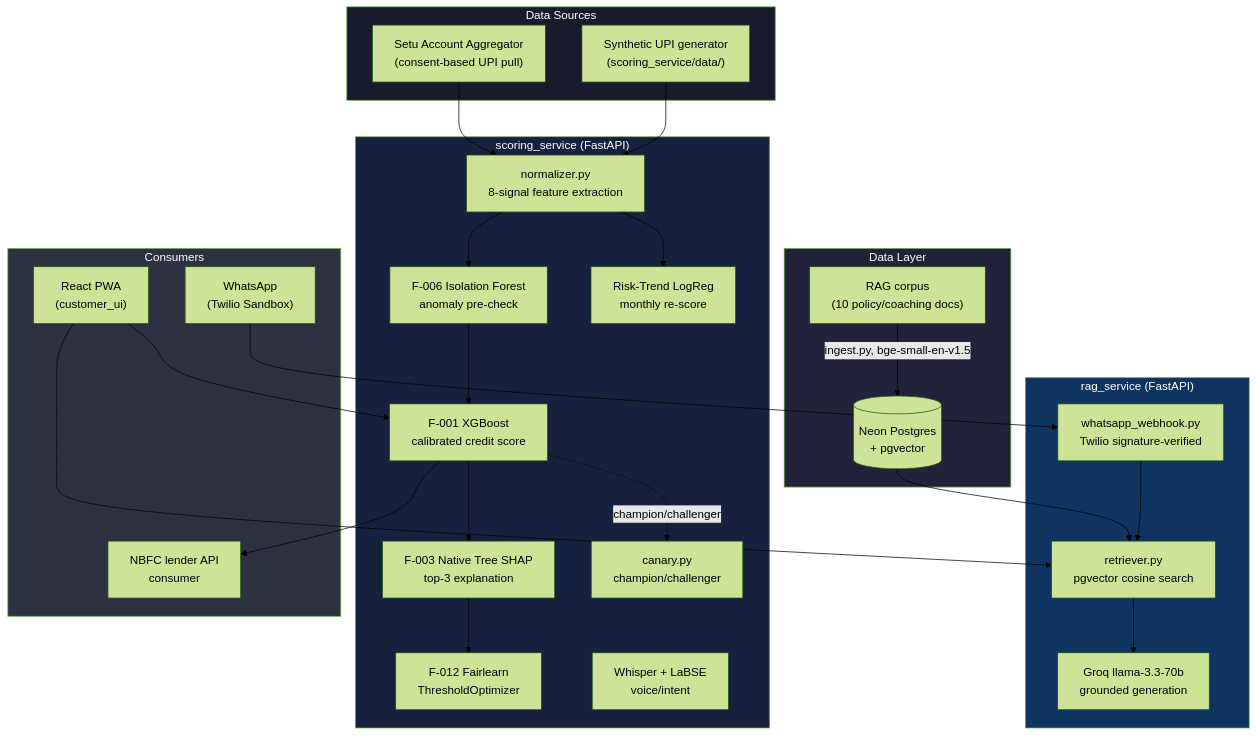
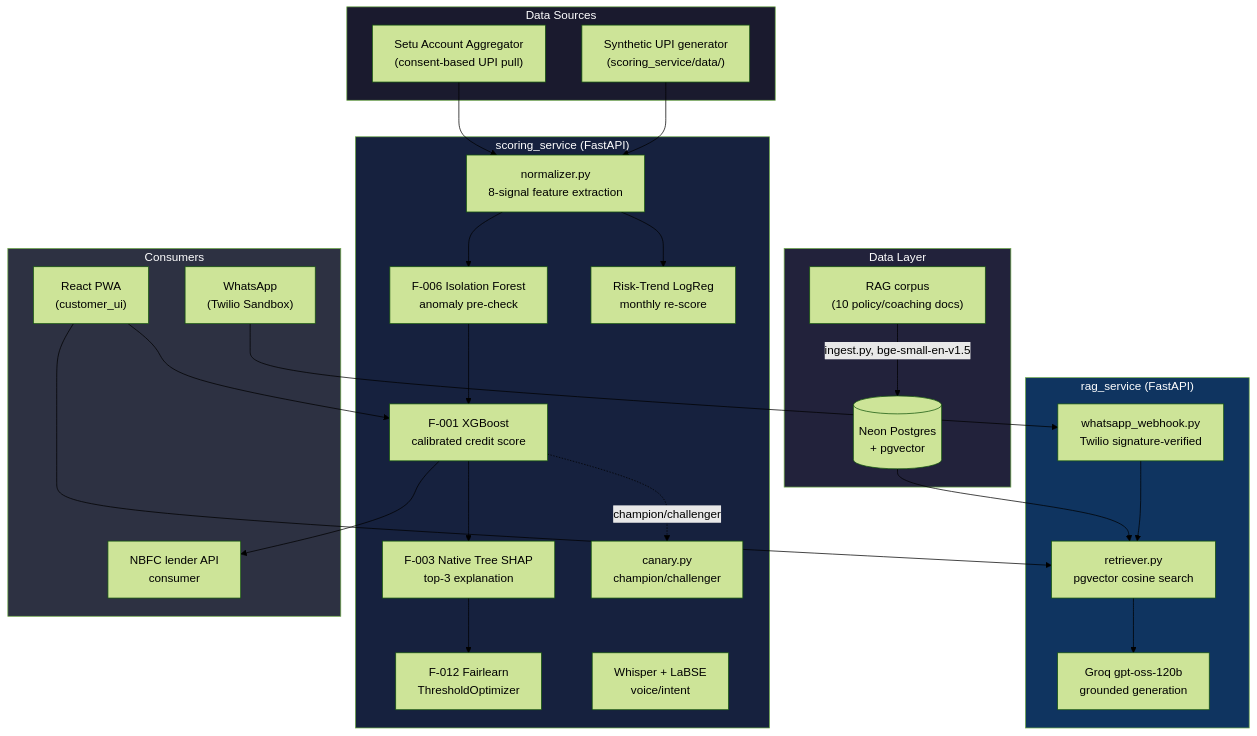
One commit to bhavyabhandary-star/finbuddy changed the first of 2 diagrams in docs/architecture.md. Above: the diagram before and after it, drawn with Mermaid (forest theme). The commit also changed other lines of this file and 2 other files, not shown here.

Commit message:
Swap the Groq model: llama-3.3-70b-versatile was shut down on 2026-08-16
CI's Gate B (real-Groq faithfulness tests) started failing with 404
model_not_found. Switch to openai/gpt-oss-120b, Groq's named replacement, and
make the model overridable through GROQ_MODEL. gpt-oss is a reasoning model, so
set low reasoning effort and raise max_tokens from 500 to 1200 so reasoning
tokens cannot starve the visible answer. Docs updated; the README latency
numbers were measured on the old model and are noted as not re-measured.

Not verified locally (no groq SDK or database here); CI Gate B is the check.

````diff
--- a/docs/architecture.md
+++ b/docs/architecture.md
@@ -12,55 +12,55 @@
 ```mermaid
 flowchart TB
     subgraph Sources["Data Sources"]
         SETU["Setu Account Aggregator\n(consent-based UPI pull)"]
         SYN["Synthetic UPI generator\n(scoring_service/data/)"]
     end
 
     subgraph Scoring["scoring_service (FastAPI)"]
         NORM["normalizer.py\n8-signal feature extraction"]
         F006["F-006 Isolation Forest\nanomaly pre-check"]
         F001["F-001 XGBoost\ncalibrated credit score"]
         F003["F-003 Native Tree SHAP\ntop-3 explanation"]
         F012["F-012 Fairlearn\nThresholdOptimizer"]
         RT["Risk-Trend LogReg\nmonthly re-score"]
         CANARY["canary.py\nchampion/challenger"]
         VOICE["Whisper + LaBSE\nvoice/intent"]
     end
 
     subgraph RAG["rag_service (FastAPI)"]
         RETRIEVE["retriever.py\npgvector cosine search"]
-        GROQ["Groq llama-3.3-70b\ngrounded generation"]
+        GROQ["Groq gpt-oss-120b\ngrounded generation"]
         TWILIO_WH["whatsapp_webhook.py\nTwilio signature-verified"]
     end
 
     subgraph Data["Data Layer"]
         PG[("Neon Postgres\n+ pgvector")]
         CORPUS["RAG corpus\n(10 policy/coaching docs)"]
     end
 
     subgraph Clients["Consumers"]
         PWA["React PWA\n(customer_ui)"]
         WA["WhatsApp\n(Twilio Sandbox)"]
         NBFC["NBFC lender API\nconsumer"]
     end
 
     SETU --> NORM
     SYN --> NORM
     NORM --> F006 --> F001 --> F003 --> F012
     F001 -.champion/challenger.-> CANARY
     NORM --> RT
 
     CORPUS -->|ingest.py, bge-small-en-v1.5| PG
     PG --> RETRIEVE --> GROQ
 
     PWA --> F001
     PWA --> RETRIEVE
     WA --> TWILIO_WH --> RETRIEVE
     F001 --> NBFC
 
     style Sources fill:#1a1a2e,color:#fff
     style Scoring fill:#16213e,color:#fff
     style RAG fill:#0f3460,color:#fff
     style Data fill:#22223b,color:#fff
     style Clients fill:#2d3142,color:#fff
 ```
````
